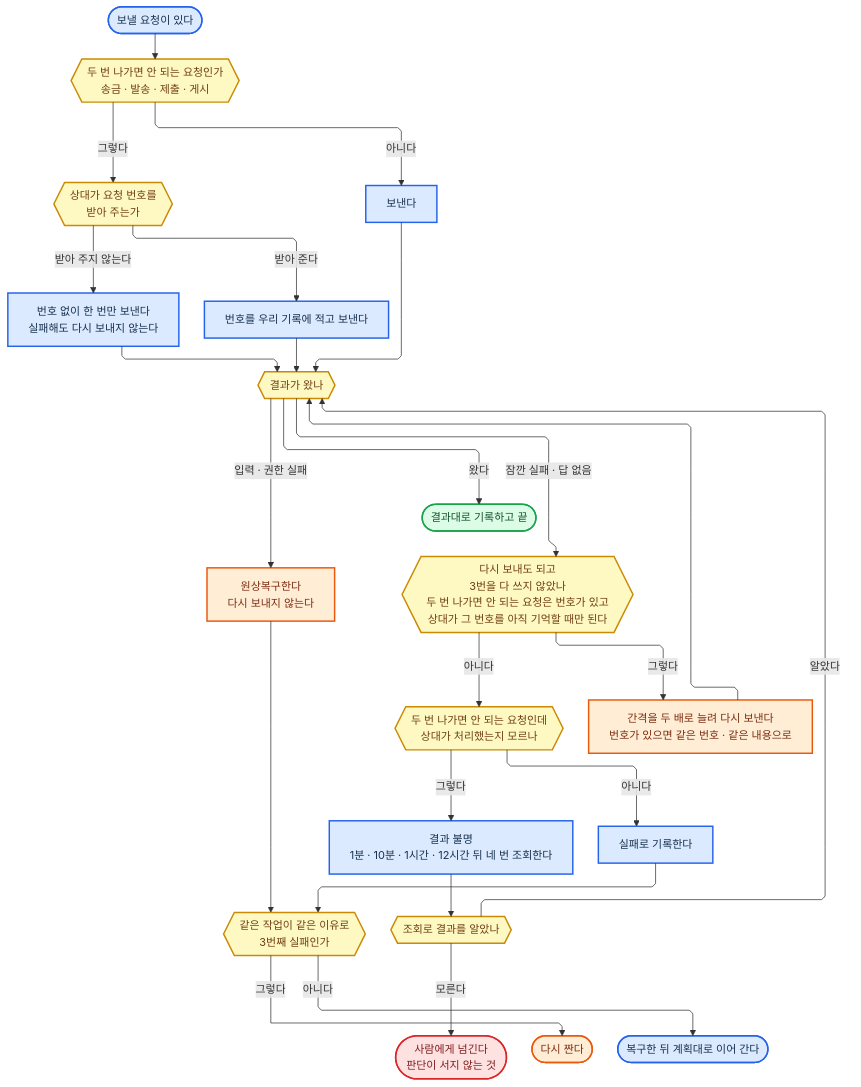
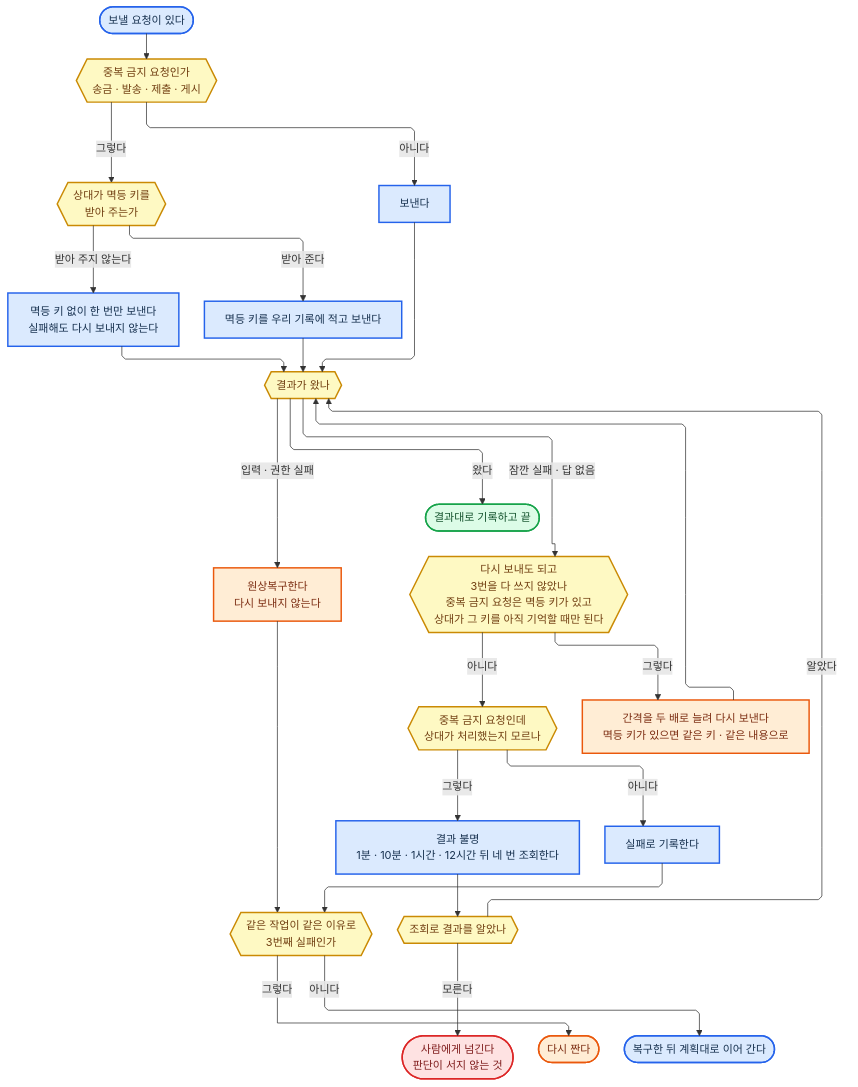
The seventh of 8 diagrams in 전문가 에이전트 정의 1.md (harisbaguette/expert), drawn with Mermaid before and after one commit. The commit also changed other lines of this file and 2 other files, not shown here.

````diff
--- a/전문가 에이전트 정의 1.md
+++ b/전문가 에이전트 정의 1.md
@@ -1151,55 +1154,55 @@
 ```mermaid
 %%{init: {"flowchart":{"wrappingWidth":640,"curve":"linear","nodeSpacing":45,"rankSpacing":55,"padding":14,"useMaxWidth":true,"defaultRenderer":"elk"},"themeVariables":{"fontSize":"15px"},"layout":"elk","elk":{"mergeEdges":false,"nodePlacementStrategy":"BRANDES_KOEPF","keepEntryNodeOnTop":true,"cycleBreakingStrategy":"DEPTH_FIRST"}} }%%
 flowchart TB
     C{{"같은 작업이 같은 이유로<br/>3번째 실패인가"}}:::note
-    N{{"상대가 요청 번호를<br/>받아 주는가"}}:::note
+    N{{"상대가 멱등 키를<br/>받아 주는가"}}:::note
     UNK["결과 불명<br/>1분 · 10분 · 1시간 · 12시간 뒤 네 번 조회한다"]:::main
-    Q4{{"두 번 나가면 안 되는 요청인데<br/>상대가 처리했는지 모르나"}}:::note
+    Q4{{"중복 금지 요청인데<br/>상대가 처리했는지 모르나"}}:::note
     Q5{{"조회로 결과를 알았나"}}:::note
-    S0{{"두 번 나가면 안 되는 요청인가<br/>송금 · 발송 · 제출 · 게시"}}:::note
+    S0{{"중복 금지 요청인가<br/>송금 · 발송 · 제출 · 게시"}}:::note
     FIX["원상복구한다<br/>다시 보내지 않는다"]:::back
-    S2["번호 없이 한 번만 보낸다<br/>실패해도 다시 보내지 않는다"]:::main
-    RT["간격을 두 배로 늘려 다시 보낸다<br/>번호가 있으면 같은 번호 · 같은 내용으로"]:::back
-    S1["번호를 우리 기록에 적고 보낸다"]:::main
+    S2["멱등 키 없이 한 번만 보낸다<br/>실패해도 다시 보내지 않는다"]:::main
+    RT["간격을 두 배로 늘려 다시 보낸다<br/>멱등 키가 있으면 같은 키 · 같은 내용으로"]:::back
+    S1["멱등 키를 우리 기록에 적고 보낸다"]:::main
     H(["사람에게 넘긴다<br/>판단이 서지 않는 것"]):::stop
     Q1{{"결과가 왔나"}}:::note
     RE(["다시 짠다"]):::back
-    Q3{{"다시 보내도 되고<br/>3번을 다 쓰지 않았나<br/>두 번 나가면 안 되는 요청은 번호가 있고<br/>상대가 그 번호를 아직 기억할 때만 된다"}}:::note
+    Q3{{"다시 보내도 되고<br/>3번을 다 쓰지 않았나<br/>중복 금지 요청은 멱등 키가 있고<br/>상대가 그 키를 아직 기억할 때만 된다"}}:::note
     K(["복구한 뒤 계획대로 이어 간다"]):::main
     ST(["보낼 요청이 있다"]):::main
     F["실패로 기록한다"]:::main
     S3["보낸다"]:::main
     OK(["결과대로 기록하고 끝"]):::good
     FIX --> C
     S0 -- "그렇다" --> N
     UNK --> Q5
     RT --> Q1
     C -- "그렇다" --> RE
     N -- "받아 준다" --> S1
     S2 --> Q1
     Q4 -- "아니다" --> F
     S1 --> Q1
     F --> C
     Q4 -- "그렇다" --> UNK
     C -- "아니다" --> K
     S3 --> Q1
     N -- "받아 주지 않는다" --> S2
     Q1 -- "입력 · 권한 실패" --> FIX
     Q3 -- "그렇다" --> RT
     S0 -- "아니다" --> S3
     Q3 -- "아니다" --> Q4
     Q5 -- "모른다" --> H
     Q5 -- "알았다" --> Q1
     ST --> S0
     Q1 -- "왔다" --> OK
     Q1 -- "잠깐 실패 · 답 없음" --> Q3
     %% 배치용 보이지 않는 연결: 선은 그려지지 않고 상자 위치만 잡음
     OK ~~~ Q3
     S2 ~~~ Q5
     F ~~~ S0
     classDef main fill:#dbeafe,stroke:#2563eb,stroke-width:2px,color:#17314f
     classDef note fill:#fef9c3,stroke:#ca8a04,stroke-width:2px,color:#713f12
     classDef stop fill:#fee2e2,stroke:#dc2626,stroke-width:2px,color:#7f1d1d
     classDef back fill:#ffedd5,stroke:#ea580c,stroke-width:2px,color:#7c2d12
     classDef good fill:#dcfce7,stroke:#16a34a,stroke-width:2px,color:#14532d
 ```
````
